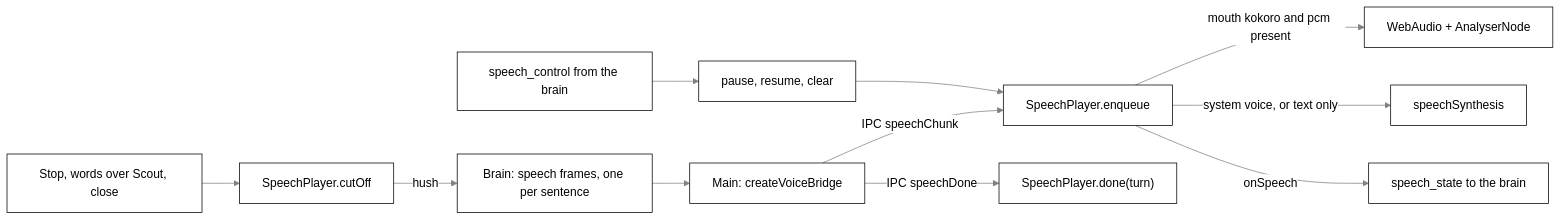
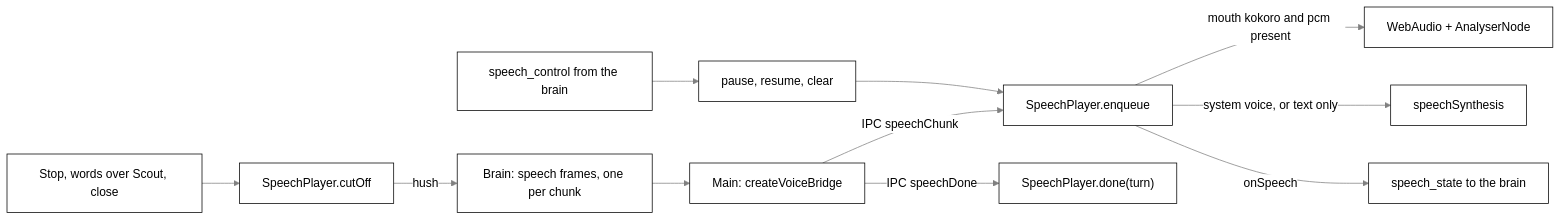
The fifth of 6 diagrams in docs/voice.md (nadeem4/tagalong), drawn with Mermaid before and after one commit. The commit also changed other lines of this file and 15 other files, not shown here.

First line of the commit message:
feat(voice): Scout speaks in chunks, not sentence by sentence (VO2a) (#402)

````diff
--- a/docs/voice.md
+++ b/docs/voice.md
@@ -519,12 +541,12 @@
 ```mermaid
 %%{init: {"theme": "base", "themeVariables": {"primaryColor": "#ffffff", "primaryTextColor": "#000000", "primaryBorderColor": "#000000", "lineColor": "#808080", "arrowheadColor": "#808080", "secondaryColor": "#f2f2f2", "tertiaryColor": "#ffffff", "clusterBkg": "#f7f7f7", "clusterBorder": "#808080", "edgeLabelBackground": "#ffffff", "titleColor": "#808080", "actorBkg": "#ffffff", "actorBorder": "#000000", "actorTextColor": "#000000", "actorLineColor": "#808080", "signalColor": "#808080", "signalTextColor": "#808080", "sequenceNumberColor": "#ffffff", "labelBoxBkgColor": "#ffffff", "labelBoxBorderColor": "#808080", "labelTextColor": "#000000", "loopTextColor": "#808080", "noteBkgColor": "#f7f7f7", "noteBorderColor": "#808080", "noteTextColor": "#000000", "activationBkgColor": "#f7f7f7", "activationBorderColor": "#808080", "fontFamily": "Segoe UI, Helvetica, Arial, sans-serif"}}}%%
 flowchart LR
-  B["Brain: speech frames, one per sentence"] --> VB["Main: createVoiceBridge"]
+  B["Brain: speech frames, one per chunk"] --> VB["Main: createVoiceBridge"]
   VB -->|"IPC speechChunk"| SP["SpeechPlayer.enqueue"]
   VB -->|"IPC speechDone"| SD["SpeechPlayer.done(turn)"]
   SP -->|"mouth kokoro and pcm present"| WA["WebAudio + AnalyserNode"]
   SP -->|"system voice, or text only"| SY["speechSynthesis"]
   ST["Stop, words over Scout, close"] --> PS["SpeechPlayer.cutOff"] -->|"hush"| B
   CT["speech_control from the brain"] --> AC["pause, resume, clear"] --> SP
   SP -->|"onSpeech"| SS["speech_state to the brain"]
 ```
````
